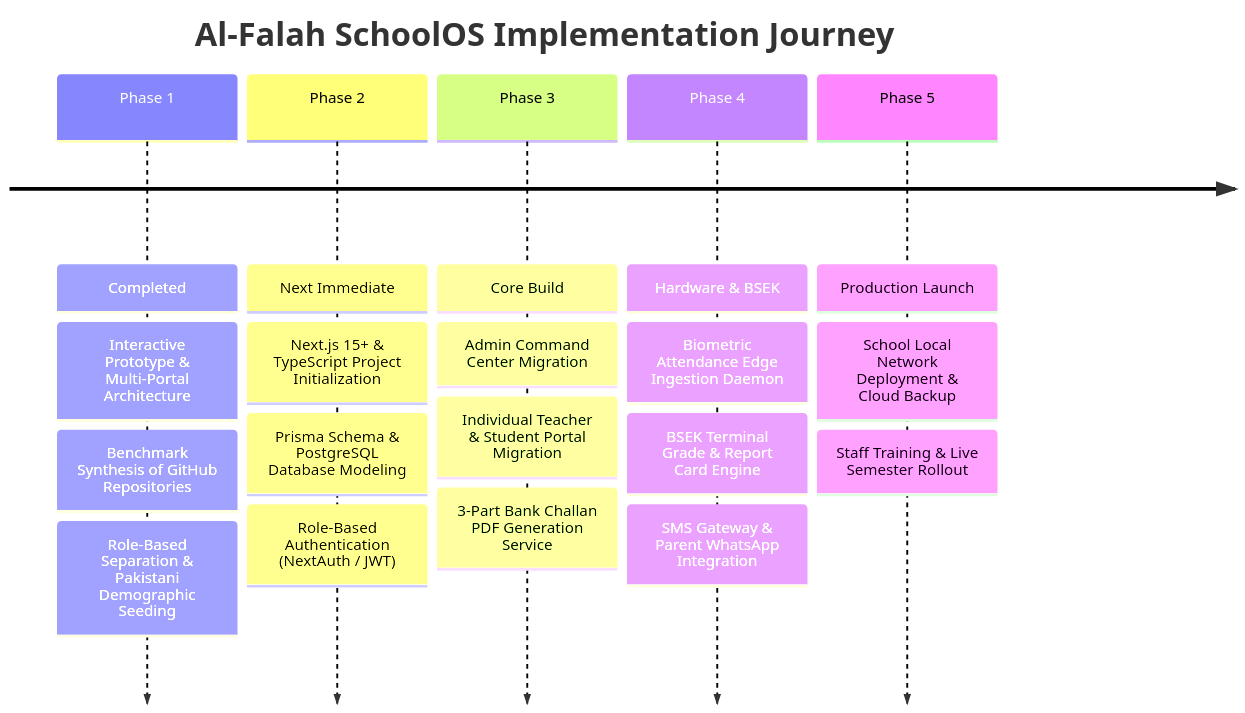
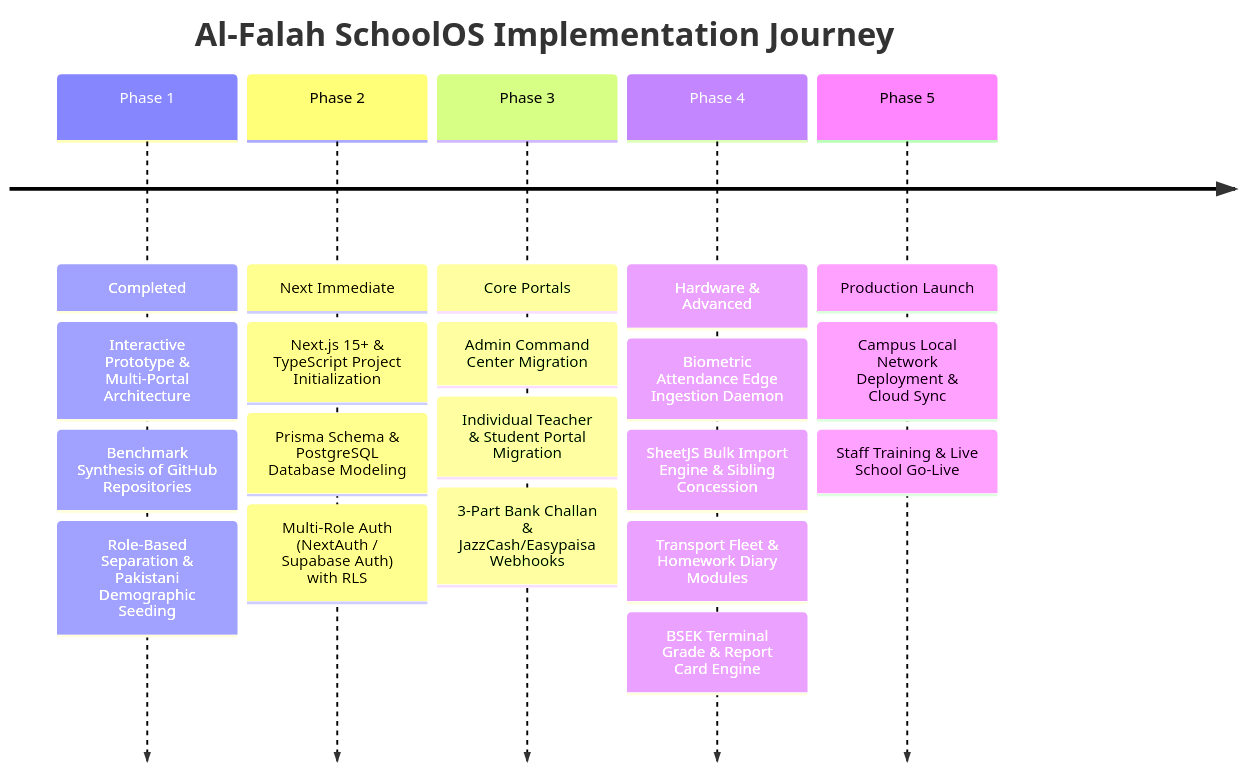
The diagram in 02_MASTER_GOAL_AND_FULL_FEATURE_ROADMAP.md (ZainabAnwer/sms), drawn with Mermaid before and after one commit. The commit also changed other lines of this file and 1 other file, not shown here.

Commit message:
docs: integrate mobile payments, sibling discounts, bulk excel import, transport fleet, and homework diary into architecture & roadmap

````diff
--- a/02_MASTER_GOAL_AND_FULL_FEATURE_ROADMAP.md
+++ b/02_MASTER_GOAL_AND_FULL_FEATURE_ROADMAP.md
@@ -135,18 +157,19 @@
 ```mermaid
 timeline
     title Al-Falah SchoolOS Implementation Journey
     Phase 1 : Completed : Interactive Prototype & Multi-Portal Architecture
             : Benchmark Synthesis of GitHub Repositories
             : Role-Based Separation & Pakistani Demographic Seeding
     Phase 2 : Next Immediate : Next.js 15+ & TypeScript Project Initialization
             : Prisma Schema & PostgreSQL Database Modeling
-            : Role-Based Authentication (NextAuth / JWT)
-    Phase 3 : Core Build : Admin Command Center Migration
+            : Multi-Role Auth (NextAuth / Supabase Auth) with RLS
+    Phase 3 : Core Portals : Admin Command Center Migration
             : Individual Teacher & Student Portal Migration
-            : 3-Part Bank Challan PDF Generation Service
-    Phase 4 : Hardware & BSEK : Biometric Attendance Edge Ingestion Daemon
+            : 3-Part Bank Challan & JazzCash/Easypaisa Webhooks
+    Phase 4 : Hardware & Advanced : Biometric Attendance Edge Ingestion Daemon
+            : SheetJS Bulk Import Engine & Sibling Concession
+            : Transport Fleet & Homework Diary Modules
             : BSEK Terminal Grade & Report Card Engine
-            : SMS Gateway & Parent WhatsApp Integration
-    Phase 5 : Production Launch : School Local Network Deployment & Cloud Backup
-            : Staff Training & Live Semester Rollout
+    Phase 5 : Production Launch : Campus Local Network Deployment & Cloud Sync
+            : Staff Training & Live School Go-Live
 ```
````
